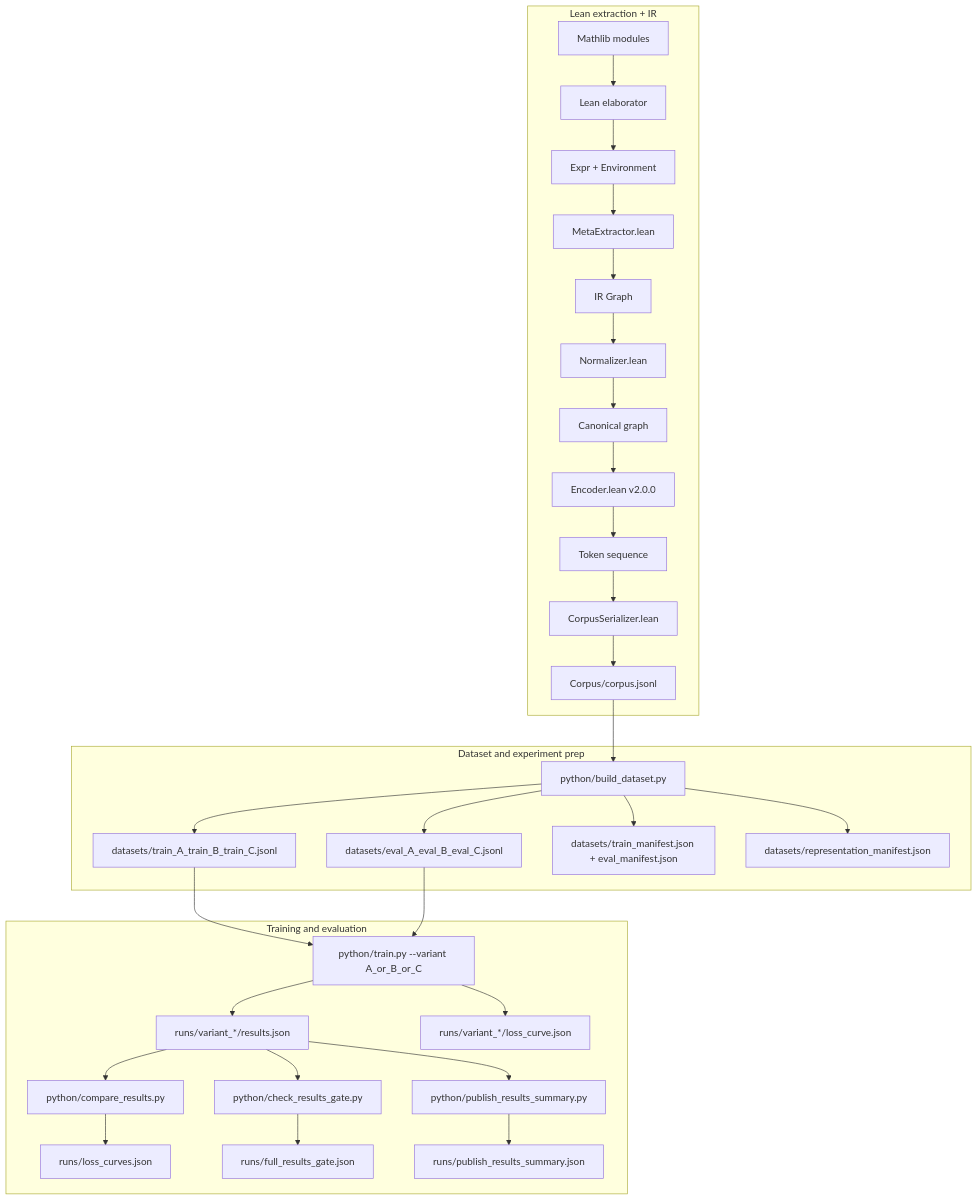
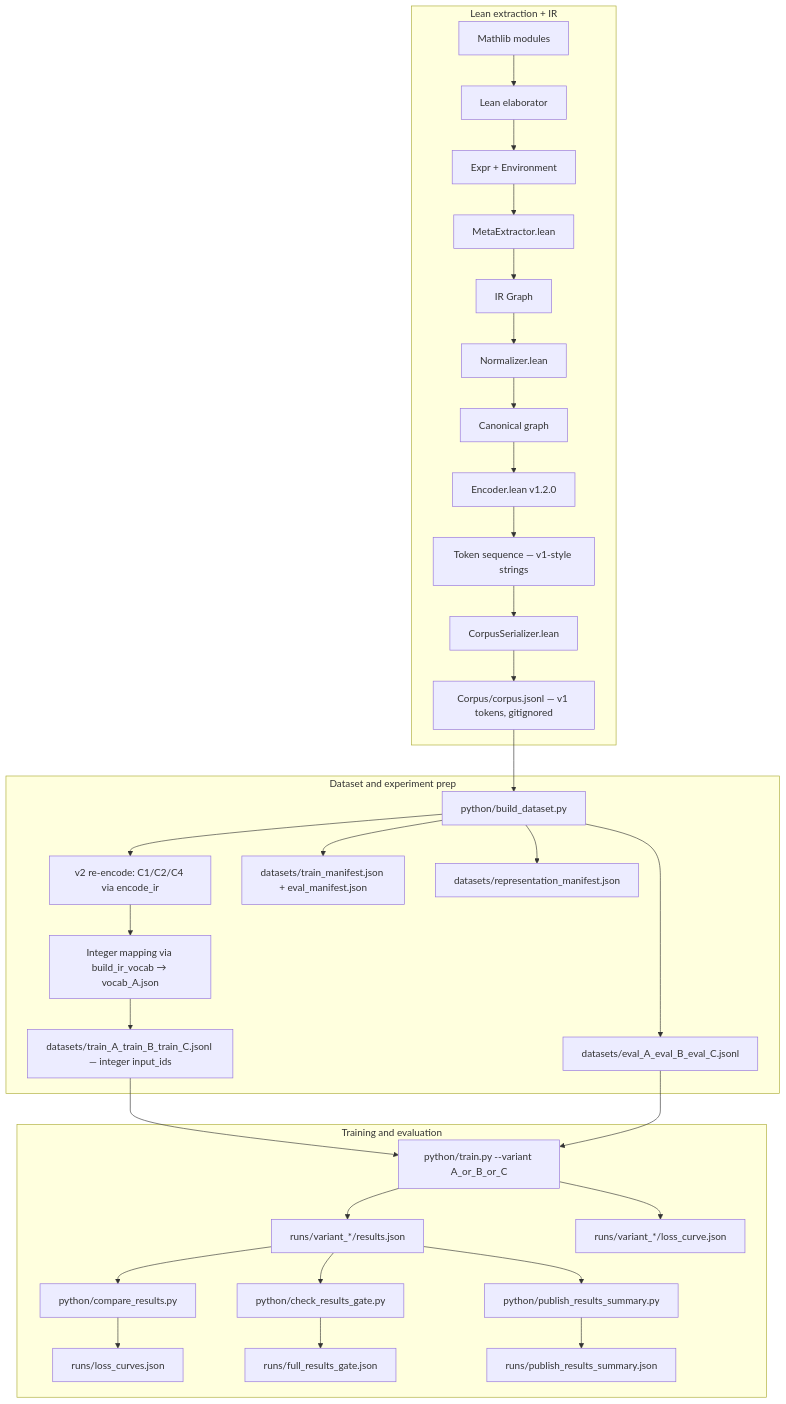
The diagram in docs/reference/Design.md (allenpd728/Maith), drawn with Mermaid before and after one commit. The commit also changed other lines of this file and 2 other files, not shown here.

````diff
--- a/docs/reference/Design.md
+++ b/docs/reference/Design.md
@@ -51,37 +51,39 @@
 ```mermaid
 flowchart TD
   subgraph LeanExtraction[Lean extraction + IR]
     A1[Mathlib modules] --> A2[Lean elaborator]
     A2 --> A3[Expr + Environment]
     A3 --> A4[MetaExtractor.lean]
     A4 --> A5[IR Graph]
     A5 --> A6[Normalizer.lean]
     A6 --> A7[Canonical graph]
-    A7 --> A8[Encoder.lean v2.0.0]
-    A8 --> A9[Token sequence]
+    A7 --> A8[Encoder.lean v1.2.0]
+    A8 --> A9[Token sequence — v1-style strings]
     A9 --> A10[CorpusSerializer.lean]
-    A10 --> A11[Corpus/corpus.jsonl]
+    A10 --> A11[Corpus/corpus.jsonl — v1 tokens, gitignored]
   end
 
   subgraph PythonData[Dataset and experiment prep]
-    B1[python/build_dataset.py] --> B2[datasets/train_A_train_B_train_C.jsonl]
+    B1[python/build_dataset.py] --> B0[v2 re-encode: C1/C2/C4 via encode_ir]
+    B0 --> B0a[Integer mapping via build_ir_vocab → vocab_A.json]
+    B0a --> B2[datasets/train_A_train_B_train_C.jsonl — integer input_ids]
     B1 --> B3[datasets/eval_A_eval_B_eval_C.jsonl]
     B1 --> B4[datasets/train_manifest.json + eval_manifest.json]
     B1 --> B5[datasets/representation_manifest.json]
   end
 
   subgraph TrainingEval[Training and evaluation]
     C1[python/train.py --variant A_or_B_or_C] --> C2[runs/variant_*/results.json]
     C1 --> C3[runs/variant_*/loss_curve.json]
     C4[python/compare_results.py] --> C5[runs/loss_curves.json]
     C6[python/check_results_gate.py] --> C7[runs/full_results_gate.json]
     C8[python/publish_results_summary.py] --> C9[runs/publish_results_summary.json]
   end
 
   A11 --> B1
   B2 --> C1
   B3 --> C1
   C2 --> C4
   C2 --> C6
   C2 --> C8
 ```
````
